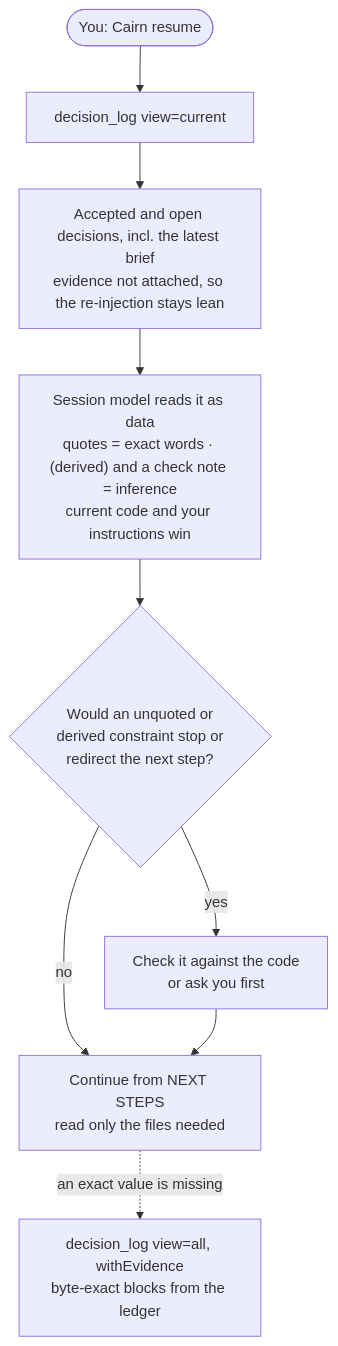
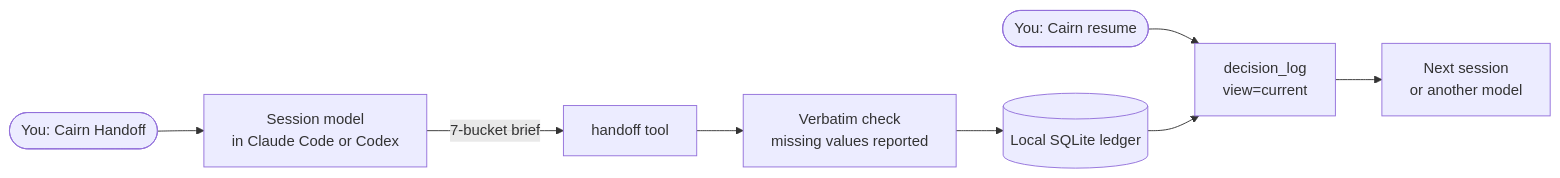
The first of 2 diagrams in README.md (CheswickDEV/cairn), drawn with Mermaid before and after one commit. The commit also changed other lines of this file, not shown here.

First line of the commit message:
docs(readme): back to one How It Works diagram

````diff
--- a/README.md
+++ b/README.md
@@ -136,11 +53,10 @@
 ```mermaid
-flowchart TB
-    ask(["You: Cairn resume"]) --> current["decision_log view=current"]
-    current --> state["Accepted and open decisions, incl. the latest brief<br/>evidence not attached, so the re-injection stays lean"]
-    state --> read["Session model reads it as data<br/>quotes = exact words · (derived) and a check note = inference<br/>current code and your instructions win"]
-    read --> check{"Would an unquoted or<br/>derived constraint stop or<br/>redirect the next step?"}
-    check -->|"yes"| verify["Check it against the code<br/>or ask you first"]
-    check -->|"no"| next["Continue from NEXT STEPS<br/>read only the files needed"]
-    verify --> next
-    next -.->|"an exact value is missing"| all["decision_log view=all, withEvidence<br/>byte-exact blocks from the ledger"]
+flowchart LR
+    ask(["You: Cairn Handoff"]) --> host["Session model<br/>in Claude Code or Codex"]
+    host -->|"7-bucket brief"| handoff["handoff tool"]
+    handoff --> check["Verbatim check<br/>missing values reported"]
+    check --> ledger[("Local SQLite ledger")]
+    resume(["You: Cairn resume"]) --> log["decision_log<br/>view=current"]
+    ledger --> log
+    log --> next["Next session<br/>or another model"]
 ```
````
